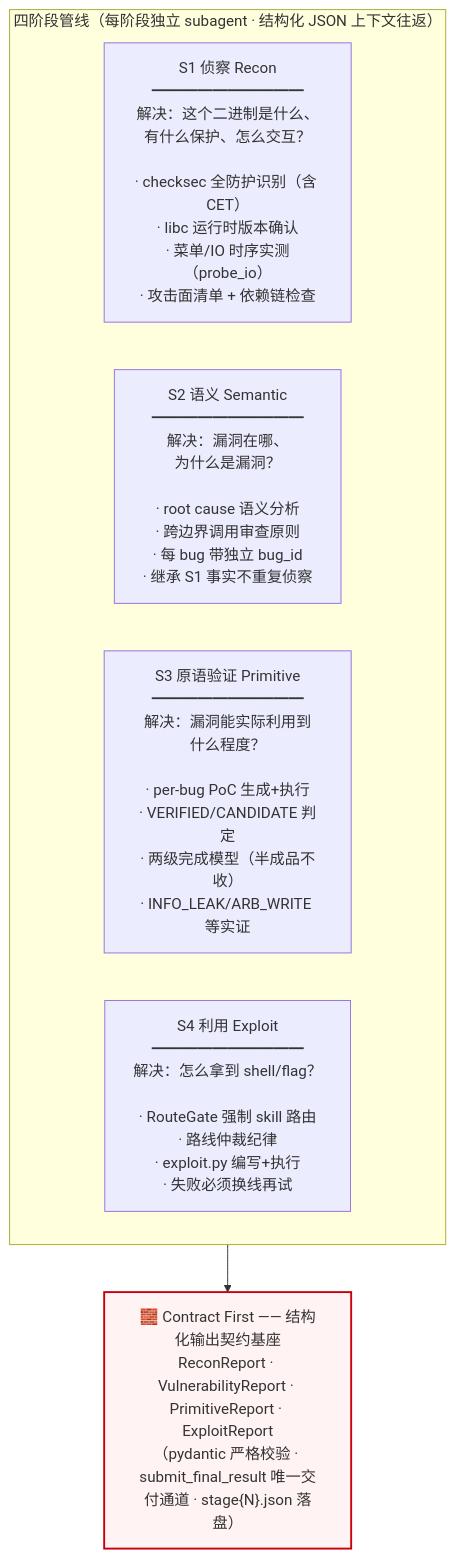
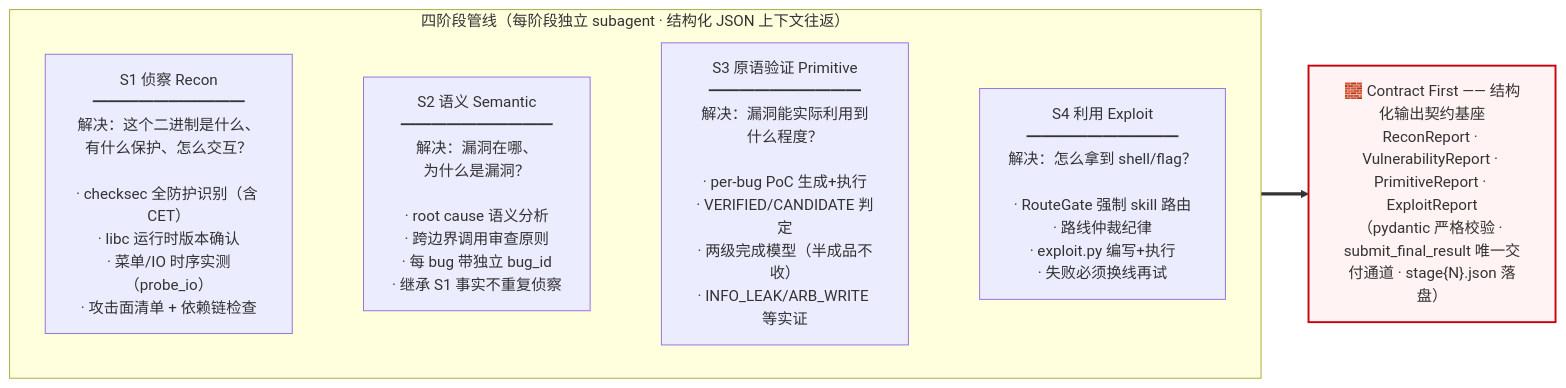
Before and after one commit to wodn2011/leanagent: the first of 2 diagrams in README.md, drawn with Mermaid.

Commit message:
README: mermaid 编排图强制 S1-S4 横排（flowchart LR 包 TB + invisible link）

````diff
--- a/README.md
+++ b/README.md
@@ -9,16 +9,18 @@
 ```mermaid
-flowchart TB
+flowchart LR
+    direction TB
     subgraph PIPE["四阶段管线（每阶段独立 subagent · 结构化 JSON 上下文往返）"]
         direction LR
         S1["S1 侦察 Recon<br/>━━━━━━━━━━<br/>解决：这个二进制是什么、<br/>有什么保护、怎么交互？<br/><br/>· checksec 全防护识别（含 CET）<br/>· libc 运行时版本确认<br/>· 菜单/IO 时序实测（probe_io）<br/>· 攻击面清单 + 依赖链检查"]
         S2["S2 语义 Semantic<br/>━━━━━━━━━━<br/>解决：漏洞在哪、<br/>为什么是漏洞？<br/><br/>· root cause 语义分析<br/>· 跨边界调用审查原则<br/>· 每 bug 带独立 bug_id<br/>· 继承 S1 事实不重复侦察"]
         S3["S3 原语验证 Primitive<br/>━━━━━━━━━━<br/>解决：漏洞能实际利用到<br/>什么程度？<br/><br/>· per-bug PoC 生成+执行<br/>· VERIFIED/CANDIDATE 判定<br/>· 两级完成模型（半成品不收）<br/>· INFO_LEAK/ARB_WRITE 等实证"]
         S4["S4 利用 Exploit<br/>━━━━━━━━━━<br/>解决：怎么拿到 shell/flag？<br/><br/>· RouteGate 强制 skill 路由<br/>· 路线仲裁纪律<br/>· exploit.py 编写+执行<br/>· 失败必须换线再试"]
+        S1 ~~~ S2 ~~~ S3 ~~~ S4
     end
 
     CF["🧱 Contract First —— 结构化输出契约基座<br/>ReconReport · VulnerabilityReport · PrimitiveReport · ExploitReport<br/>（pydantic 严格校验 · submit_final_result 唯一交付通道 · stage{N}.json 落盘）"]
 
-    PIPE --> CF
+    PIPE ==> CF
 
     style CF fill:#fff3f3,stroke:#c7000b,stroke-width:2px
 ```
````
